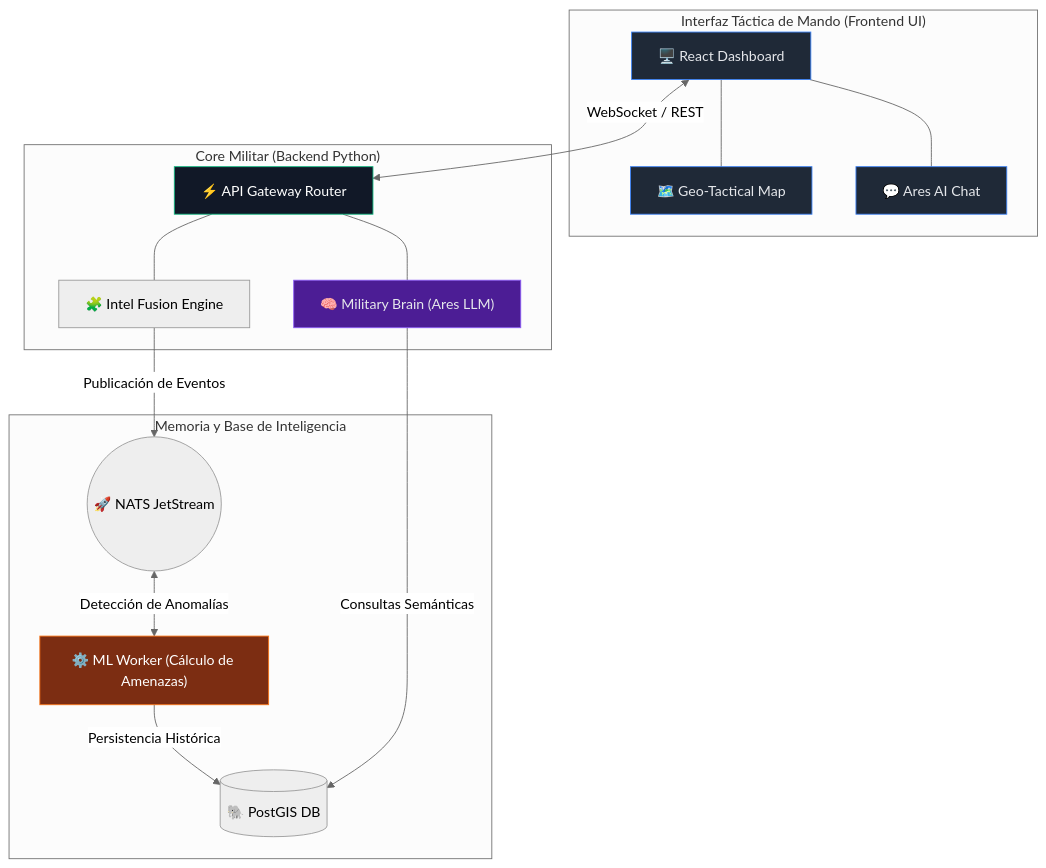
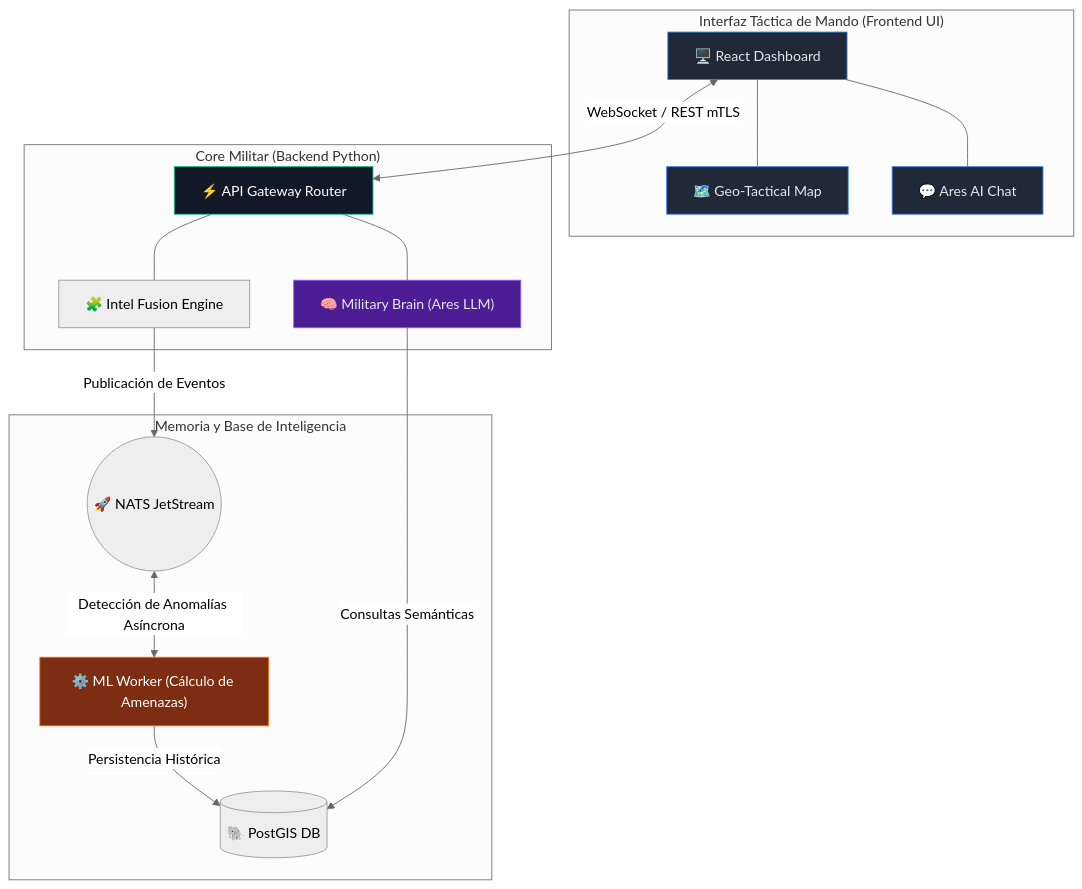
One commit to murdok1982/SistemaChitauri changed the second of 2 diagrams in README.md. Above: the diagram before and after it, drawn with Mermaid (neutral theme). The commit also changed other lines of this file and 65 other files, not shown here.

````diff
--- a/README.md
+++ b/README.md
@@ -75,36 +58,36 @@
 ```mermaid
 flowchart TB
     subgraph Frontendui["Interfaz Táctica de Mando (Frontend UI)"]
         DASH["🖥️ React Dashboard"]
         MAP["🗺️ Geo-Tactical Map"]
         CHAT["💬 Ares AI Chat"]
         DASH --- MAP & CHAT
     end
     
     subgraph Backendpy["Core Militar (Backend Python)"]
         API["⚡ API Gateway Router"]
         FUSION["🧩 Intel Fusion Engine"]
         ARES_BRAIN["🧠 Military Brain (Ares LLM)"]
         
         API --- FUSION & ARES_BRAIN
     end
     
     subgraph Memoriaybase["Memoria y Base de Inteligencia"]
         BUS(("🚀 NATS JetStream"))
         ML["⚙️ ML Worker (Cálculo de Amenazas)"]
         PG[("🐘 PostGIS DB")]
     end
     
-    DASH <-->|WebSocket / REST| API
+    DASH <-->|WebSocket / REST mTLS| API
     FUSION -->|Publicación de Eventos| BUS
-    BUS <-->|Detección de Anomalías| ML
+    BUS <-->|Detección de Anomalías Asíncrona| ML
     ML -->|Persistencia Histórica| PG
     ARES_BRAIN -->|Consultas Semánticas| PG
     
     style DASH fill:#1f2937,stroke:#3b82f6,color:#e5e7eb
     style MAP fill:#1f2937,stroke:#3b82f6,color:#e5e7eb
     style CHAT fill:#1f2937,stroke:#3b82f6,color:#e5e7eb
     style API fill:#111827,stroke:#10b981,color:#fff
     style ARES_BRAIN fill:#4c1d95,stroke:#8b5cf6,color:#e5e7eb
     style ML fill:#7c2d12,stroke:#f97316,color:#fff
 ```
````
